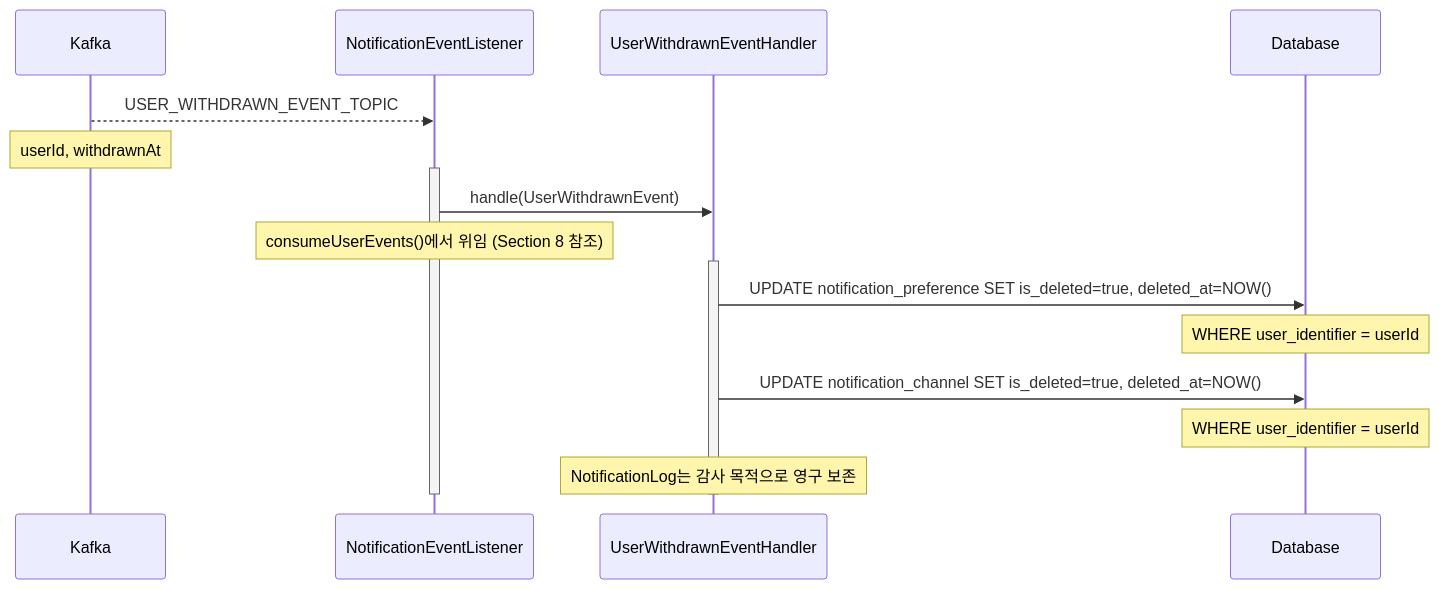
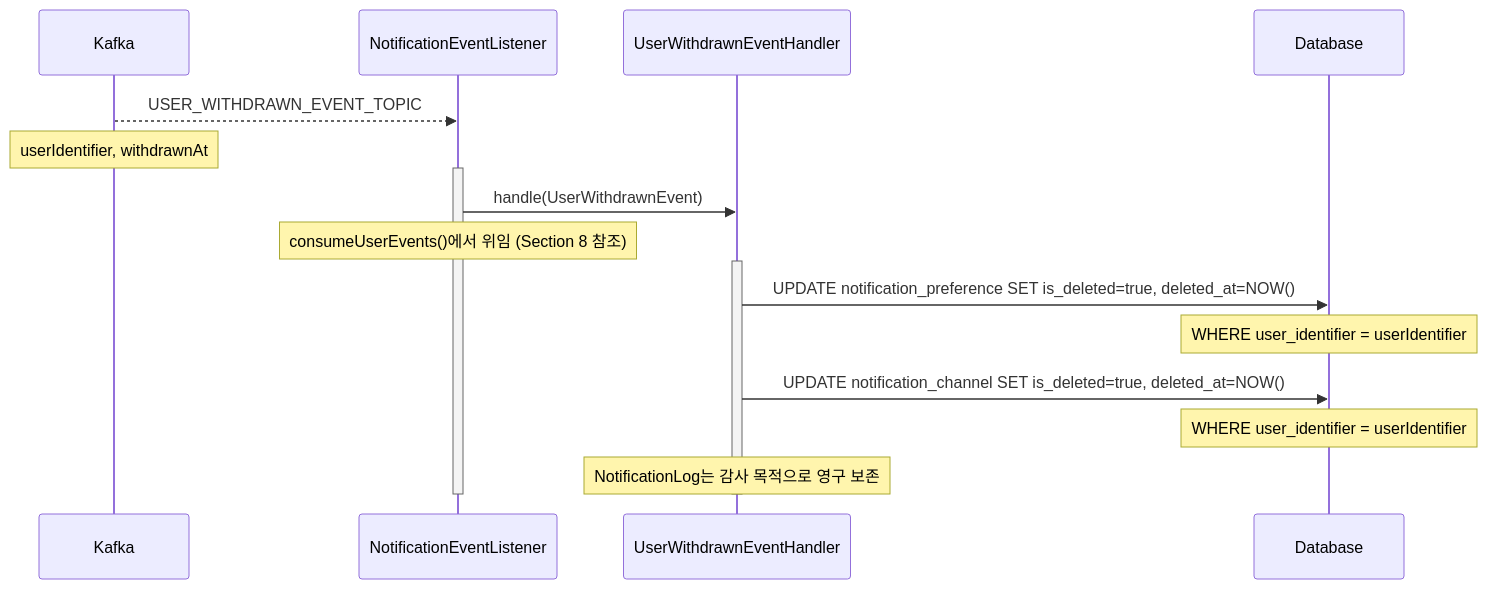
One commit to Trade-Pilot/.github changed the fourth of 9 diagrams in backend/notification/sequence-diagram.md. Above: the diagram before and after it, drawn with Mermaid. The commit also changed other lines of this file and 17 other files, not shown here.

````diff
--- a/backend/notification/sequence-diagram.md
+++ b/backend/notification/sequence-diagram.md
@@ -123,24 +123,24 @@
 ```mermaid
 sequenceDiagram
     participant Kafka as Kafka
     participant Listener as NotificationEventListener
     participant Handler as UserWithdrawnEventHandler
     participant DB as Database
 
     Kafka-->>Listener: USER_WITHDRAWN_EVENT_TOPIC
-    Note over Kafka: userId, withdrawnAt
+    Note over Kafka: userIdentifier, withdrawnAt
 
     activate Listener
     Listener->>Handler: handle(UserWithdrawnEvent)
     Note over Listener: consumeUserEvents()에서 위임 (Section 8 참조)
 
     activate Handler
     Handler->>DB: UPDATE notification_preference SET is_deleted=true, deleted_at=NOW()
-    Note over DB: WHERE user_identifier = userId
+    Note over DB: WHERE user_identifier = userIdentifier
     Handler->>DB: UPDATE notification_channel SET is_deleted=true, deleted_at=NOW()
-    Note over DB: WHERE user_identifier = userId
+    Note over DB: WHERE user_identifier = userIdentifier
     Note over Handler: NotificationLog는 감사 목적으로 영구 보존
 
     deactivate Handler
     deactivate Listener
 ```
````
